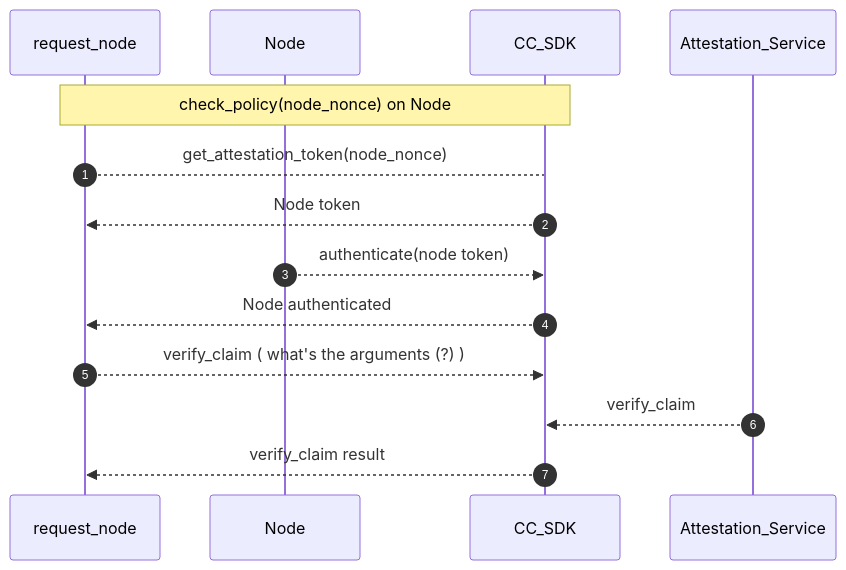
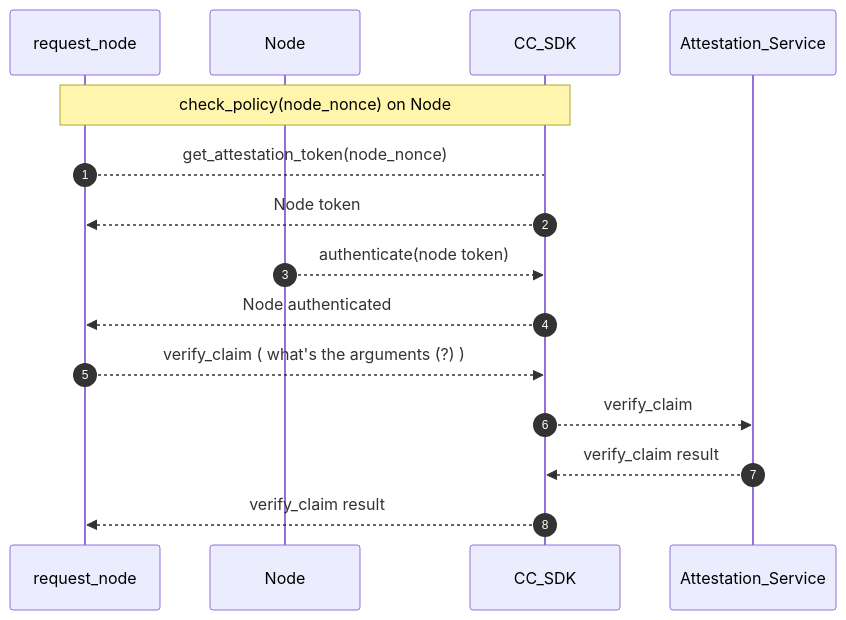
The sixth of 9 diagrams in docs/confidential_computing/detailed_cc_sequence_diagram.md (hitesh-ag1/NVFlare), drawn with Mermaid before and after one commit.

Commit message:
Sequence diagram for CC

````diff
--- a/docs/confidential_computing/detailed_cc_sequence_diagram.md
+++ b/docs/confidential_computing/detailed_cc_sequence_diagram.md
@@ -141,19 +141,20 @@
 ```mermaid
 sequenceDiagram
    autonumber
     
     participant request_node
     participant Node
     participant CC_SDK
     participant Attestation_Service
         
     Note over request_node, CC_SDK: check_policy(node_nonce) on Node
     request_node --> CC_SDK : get_attestation_token(node_nonce)
     CC_SDK -->> request_node : Node token
     Node -->> CC_SDK:  authenticate(node token)  
     CC_SDK -->> request_node : Node authenticated
      
     request_node -->>  CC_SDK: verify_claim  ( what's the arguments (?) )
-    Attestation_Service -->> CC_SDK : verify_claim
+    CC_SDK -->> Attestation_Service : verify_claim
+    Attestation_Service -->> CC_SDK : verify_claim result
     CC_SDK -->> request_node : verify_claim result
 ```
````
